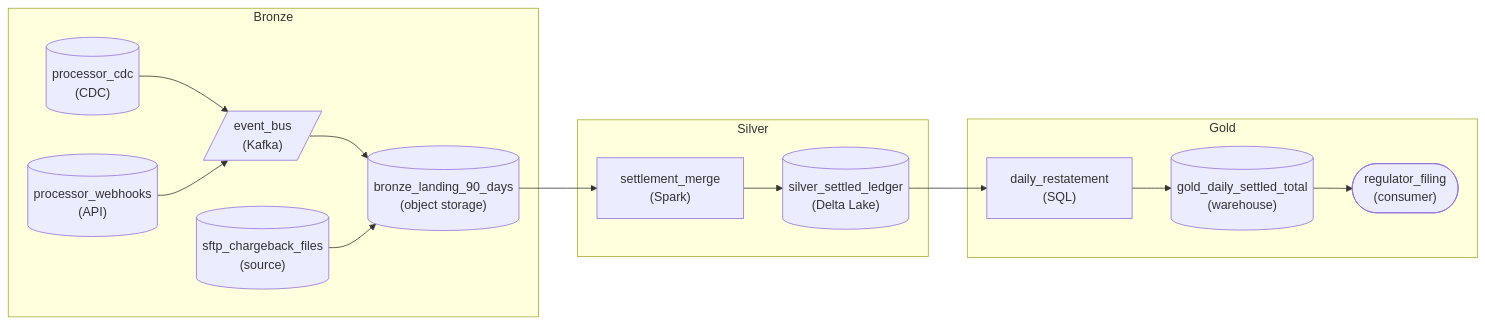
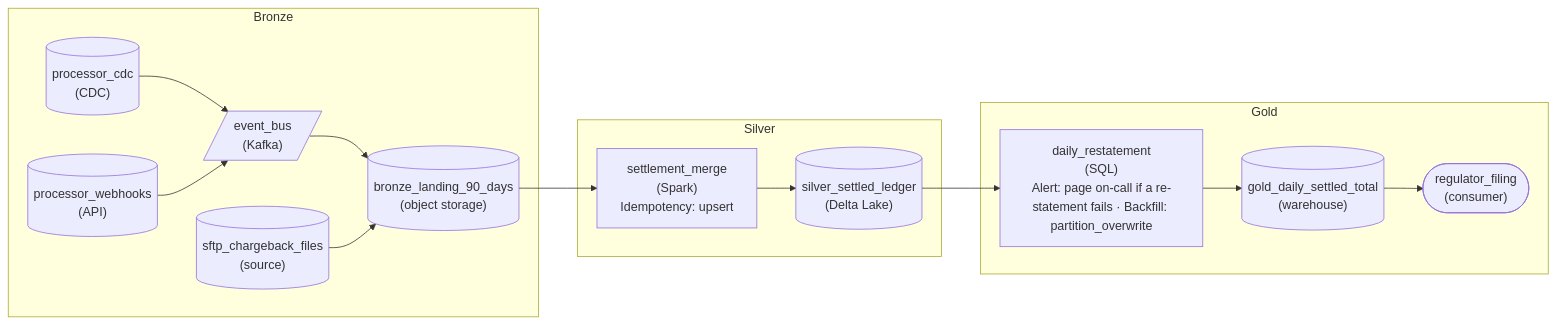
Before and after one commit to Dulain-Willis/study-helper: the fourth of 4 diagrams in lesson_preview/interview/architecture/pa_pattern_design_pipeline_advanced.md, drawn with Mermaid. The commit also changed other lines of this file and 26 other files, not shown here.

First line of the commit message:
Mermaid diagrams: show tags and extra values inside each node (#43)

````diff
--- a/lesson_preview/interview/architecture/pa_pattern_design_pipeline_advanced.md
+++ b/lesson_preview/interview/architecture/pa_pattern_design_pipeline_advanced.md
@@ -778,28 +778,28 @@
 ```mermaid
 flowchart LR
     subgraph L0["Bronze"]
         n0[("processor_cdc<br/>(CDC)")]
         n1[("processor_webhooks<br/>(API)")]
         n2[/"event_bus<br/>(Kafka)"/]
         n3[("sftp_chargeback_files<br/>(source)")]
         n4[("bronze_landing_90_days<br/>(object storage)")]
     end
     subgraph L1["Silver"]
-        n5["settlement_merge<br/>(Spark)"]
+        n5["settlement_merge<br/>(Spark)<br/>Idempotency: upsert"]
         n6[("silver_settled_ledger<br/>(Delta Lake)")]
     end
     subgraph L2["Gold"]
-        n7["daily_restatement<br/>(SQL)"]
+        n7["daily_restatement<br/>(SQL)<br/>Alert: page on-call if a re-statement fails · Backfill: partition_overwrite"]
         n8[("gold_daily_settled_total<br/>(warehouse)")]
         n9(["regulator_filing<br/>(consumer)"])
     end
     n0 --> n2
     n1 --> n2
     n2 --> n4
     n3 --> n4
     n4 --> n5
     n5 --> n6
     n6 --> n7
     n7 --> n8
     n8 --> n9
 ```
````
